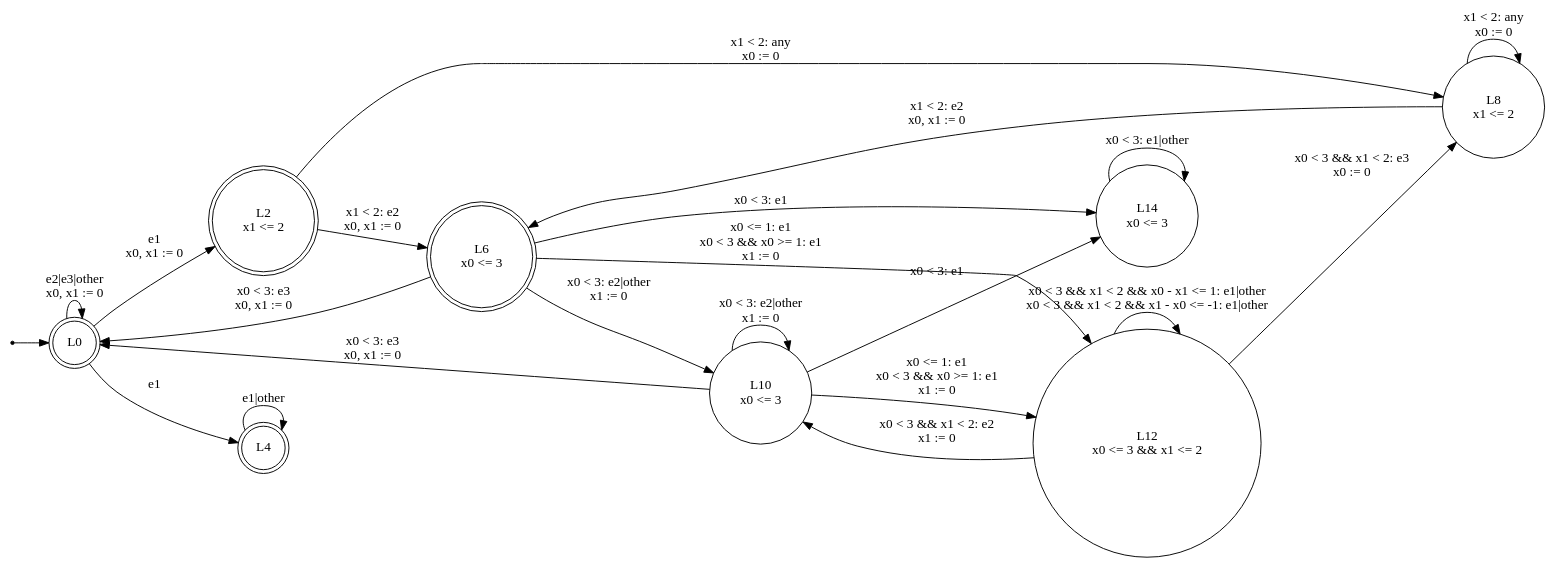
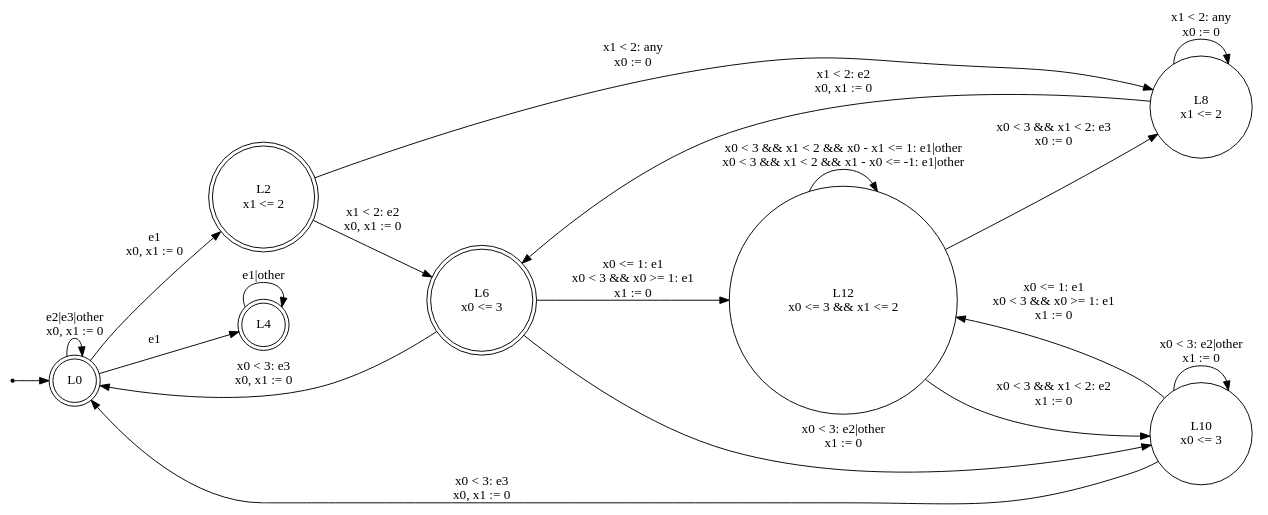
One commit to efares1/rocq-tba-optimization-uppaal-export changed the diagram in evaluation/out/F14.dot. Above: the diagram before and after it, drawn with Graphviz. The commit also changed 268 other files, not shown here.

```diff
--- a/evaluation/out/F14.dot
+++ b/evaluation/out/F14.dot
@@ -1,34 +1,30 @@
 digraph TA {
   rankdir=LR;
   node [shape=circle];
   init [shape=point];
   init -> L0;
   L0 [shape=doublecircle, label="L0"];
   L2 [shape=doublecircle, label="L2\nx1 <= 2"];
   L4 [shape=doublecircle, label="L4"];
   L6 [shape=doublecircle, label="L6\nx0 <= 3"];
   L8 [shape=circle, label="L8\nx1 <= 2"];
   L10 [shape=circle, label="L10\nx0 <= 3"];
   L12 [shape=circle, label="L12\nx0 <= 3 && x1 <= 2"];
-  L14 [shape=circle, label="L14\nx0 <= 3"];
   L0 -> L0 [label="e2|e3|other\nx0, x1 := 0"];
   L0 -> L2 [label="e1\nx0, x1 := 0"];
   L0 -> L4 [label="e1"];
   L2 -> L6 [label="x1 < 2: e2\nx0, x1 := 0"];
   L2 -> L8 [label="x1 < 2: any\nx0 := 0"];
   L4 -> L4 [label="e1|other"];
   L6 -> L0 [label="x0 < 3: e3\nx0, x1 := 0"];
   L6 -> L10 [label="x0 < 3: e2|other\nx1 := 0"];
   L6 -> L12 [label="x0 <= 1: e1\nx0 < 3 && x0 >= 1: e1\nx1 := 0"];
-  L6 -> L14 [label="x0 < 3: e1"];
   L8 -> L6 [label="x1 < 2: e2\nx0, x1 := 0"];
   L8 -> L8 [label="x1 < 2: any\nx0 := 0"];
   L10 -> L0 [label="x0 < 3: e3\nx0, x1 := 0"];
   L10 -> L10 [label="x0 < 3: e2|other\nx1 := 0"];
   L10 -> L12 [label="x0 <= 1: e1\nx0 < 3 && x0 >= 1: e1\nx1 := 0"];
-  L10 -> L14 [label="x0 < 3: e1"];
   L12 -> L8 [label="x0 < 3 && x1 < 2: e3\nx0 := 0"];
   L12 -> L10 [label="x0 < 3 && x1 < 2: e2\nx1 := 0"];
   L12 -> L12 [label="x0 < 3 && x1 < 2 && x0 - x1 <= 1: e1|other\nx0 < 3 && x1 < 2 && x1 - x0 <= -1: e1|other"];
-  L14 -> L14 [label="x0 < 3: e1|other"];
 }
```
